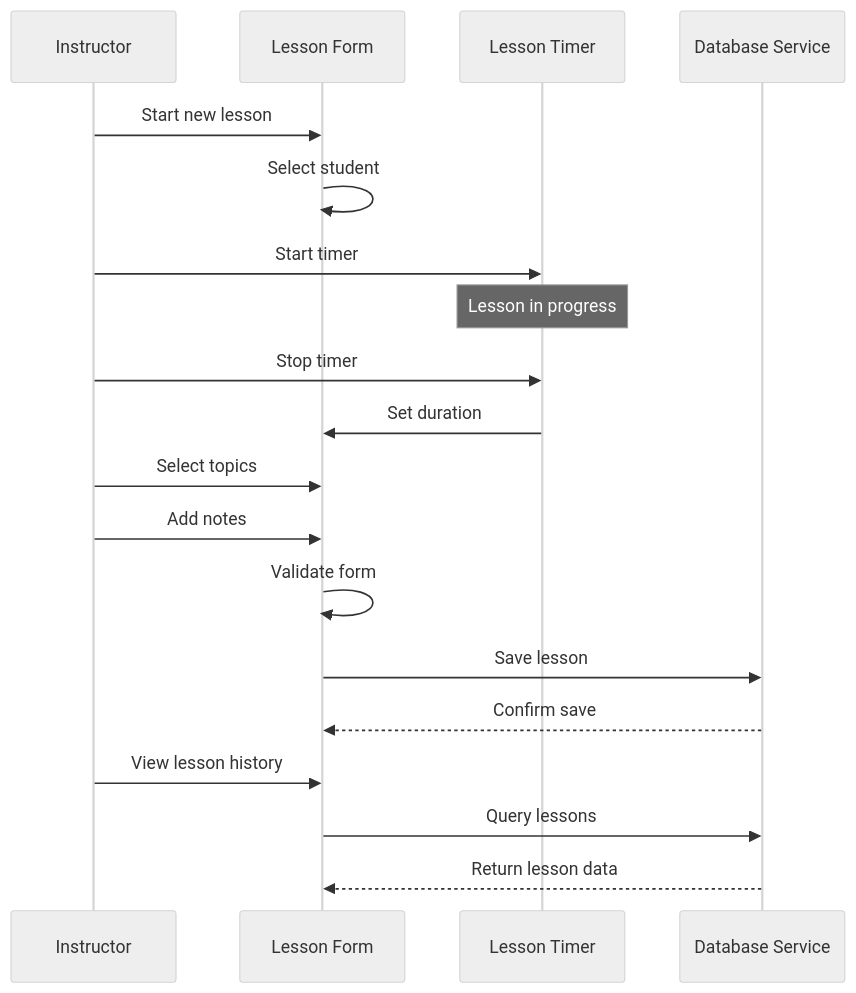
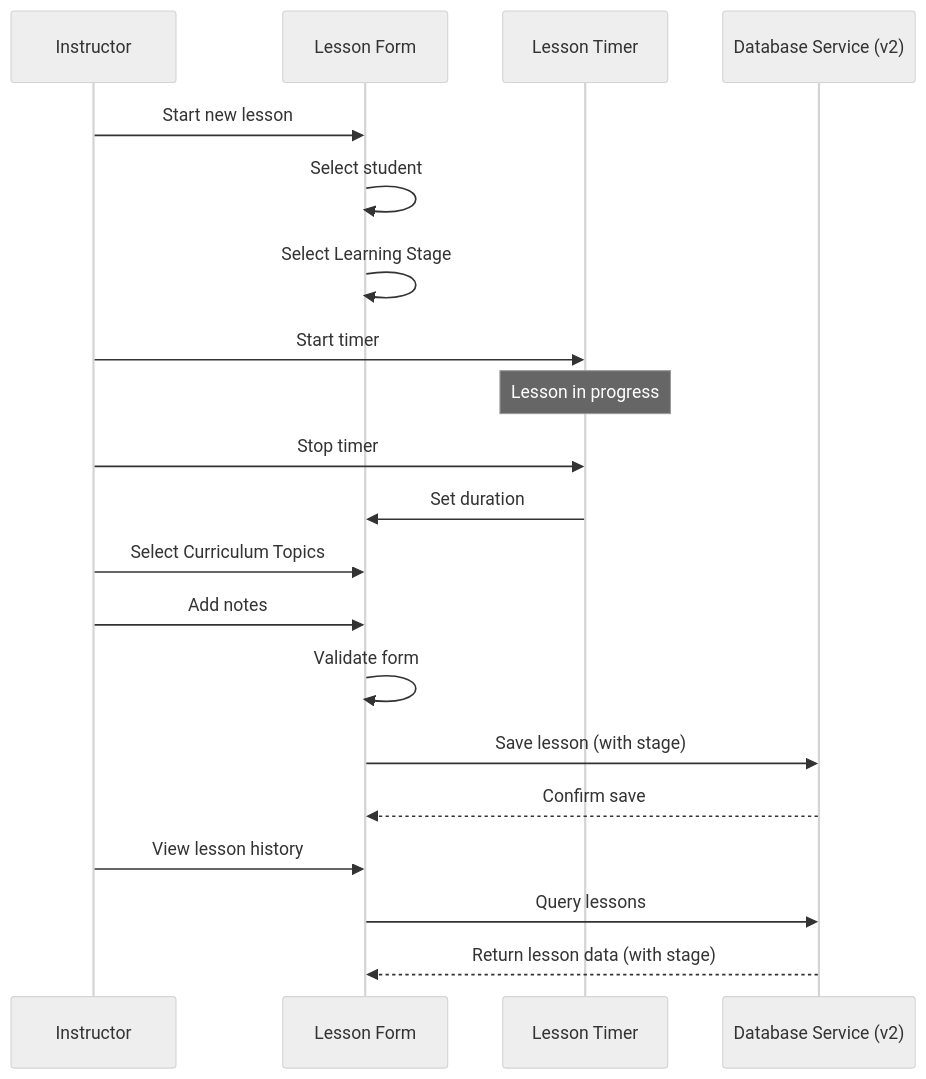
The second of 2 diagrams in docs/stories/Epic-2-Story-2.md (tonihintikka/opetuslupa_apu), drawn with Mermaid (neutral theme) before and after one commit. The commit also changed other lines of this file and 7 other files, not shown here.

````diff
--- a/docs/stories/Epic-2-Story-2.md
+++ b/docs/stories/Epic-2-Story-2.md
@@ -174,25 +165,26 @@
 ```mermaid
 sequenceDiagram
     participant Instructor
     participant Form as Lesson Form
     participant Timer as Lesson Timer
-    participant DB as Database Service
+    participant DB as Database Service (v2)
     
     Instructor->>Form: Start new lesson
     Form->>Form: Select student
+    Form->>Form: Select Learning Stage
     Instructor->>Timer: Start timer
     
     Note over Timer: Lesson in progress
     
     Instructor->>Timer: Stop timer
     Timer->>Form: Set duration
-    Instructor->>Form: Select topics
+    Instructor->>Form: Select Curriculum Topics
     Instructor->>Form: Add notes
     Form->>Form: Validate form
-    Form->>DB: Save lesson
+    Form->>DB: Save lesson (with stage)
     DB-->>Form: Confirm save
     
     Instructor->>Form: View lesson history
     Form->>DB: Query lessons
-    DB-->>Form: Return lesson data
+    DB-->>Form: Return lesson data (with stage)
 ```
````
